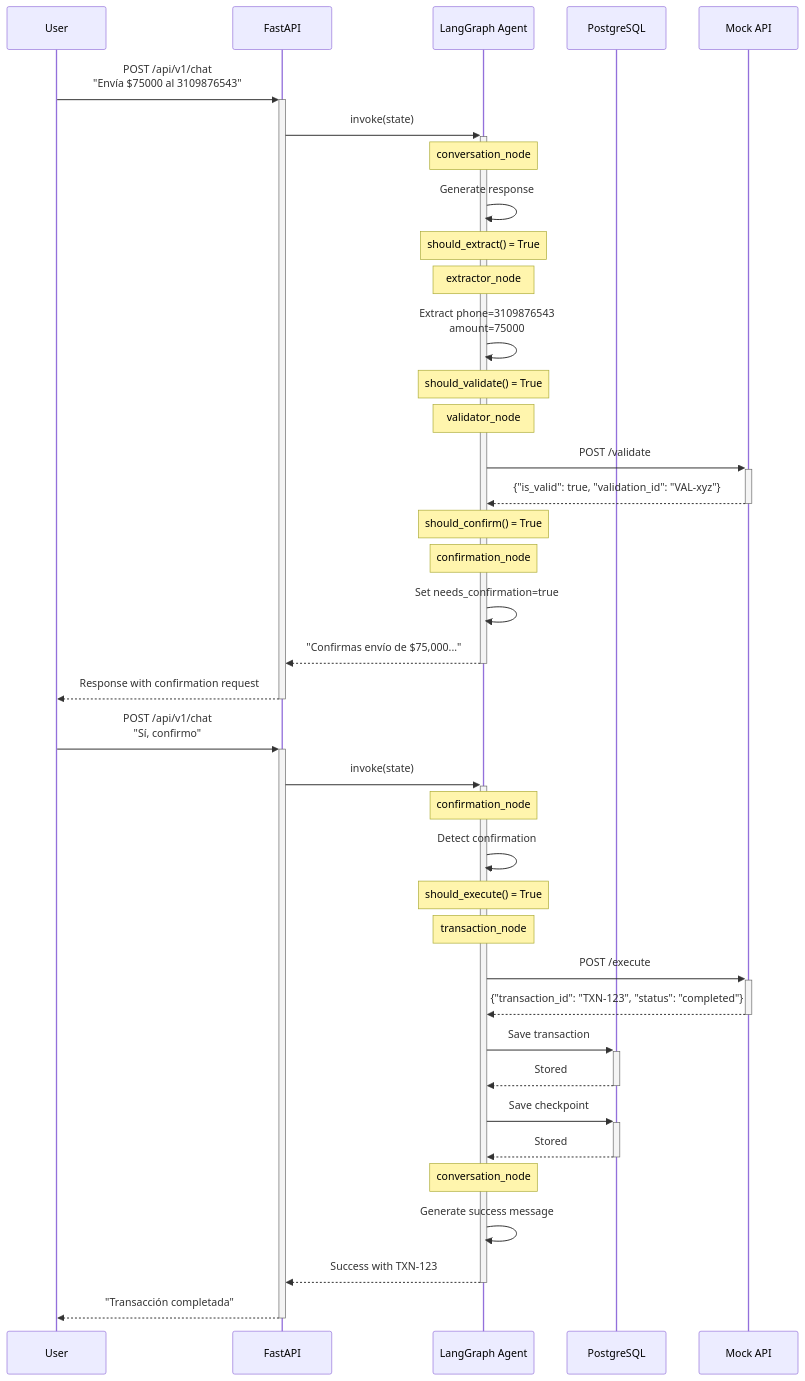
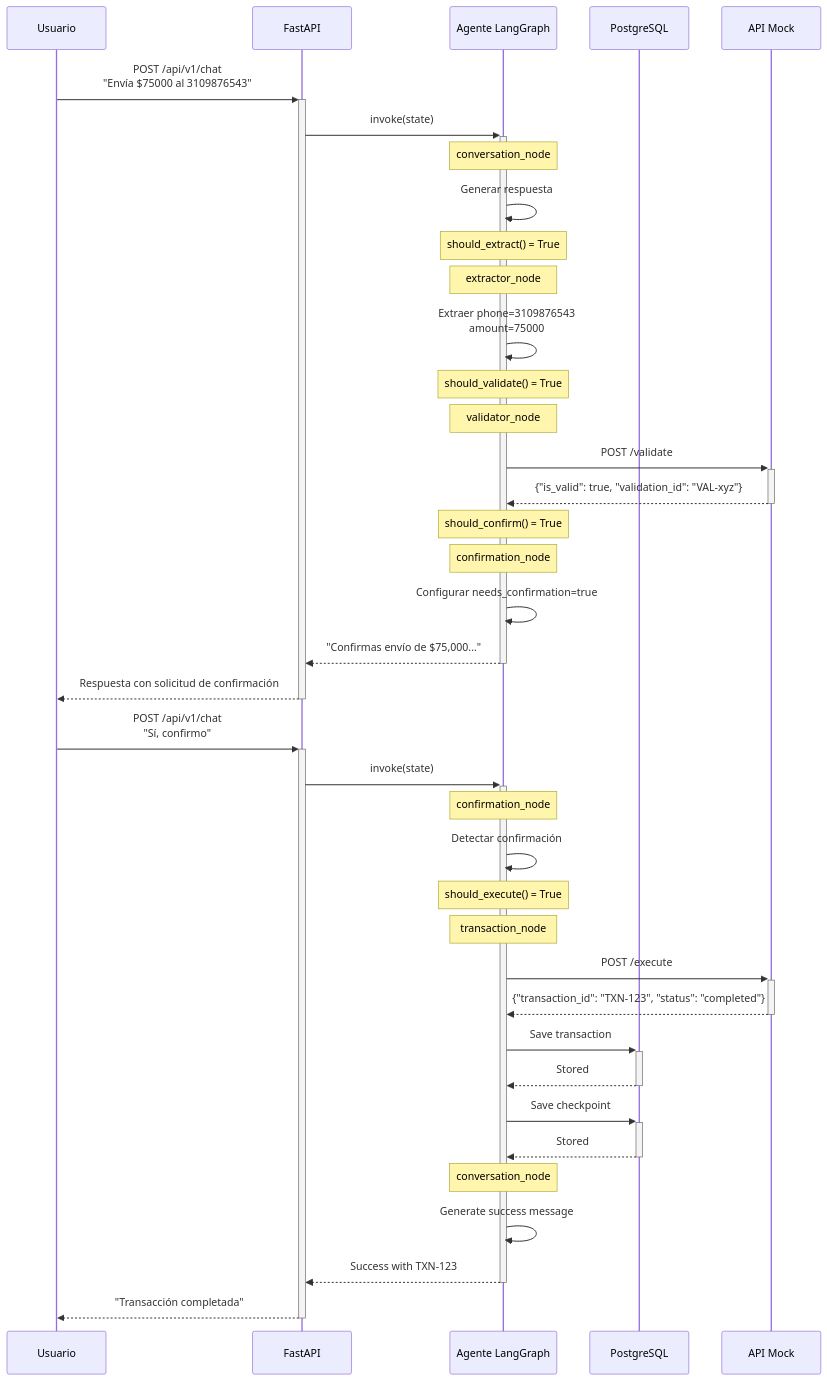
Before and after one commit to jhoninsuasti3/ai-transactional-agent-fastapi: the third of 3 diagrams in docs/ARCHITECTURE.md, drawn with Mermaid. The commit also changed other lines of this file, not shown here.

````diff
--- a/docs/ARCHITECTURE.md
+++ b/docs/ARCHITECTURE.md
@@ -484,50 +484,50 @@
 ```mermaid
 sequenceDiagram
-    participant U as User
+    participant U as Usuario
     participant API as FastAPI
-    participant Agent as LangGraph Agent
+    participant Agent as Agente LangGraph
     participant DB as PostgreSQL
-    participant Mock as Mock API
+    participant Mock as API Mock
 
     U->>+API: POST /api/v1/chat<br/>"Envía $75000 al 3109876543"
     API->>+Agent: invoke(state)
 
     Note over Agent: conversation_node
-    Agent->>Agent: Generate response
+    Agent->>Agent: Generar respuesta
 
     Note over Agent: should_extract() = True
     Note over Agent: extractor_node
-    Agent->>Agent: Extract phone=3109876543<br/>amount=75000
+    Agent->>Agent: Extraer phone=3109876543<br/>amount=75000
 
     Note over Agent: should_validate() = True
     Note over Agent: validator_node
     Agent->>+Mock: POST /validate
     Mock-->>-Agent: {"is_valid": true, "validation_id": "VAL-xyz"}
 
     Note over Agent: should_confirm() = True
     Note over Agent: confirmation_node
-    Agent->>Agent: Set needs_confirmation=true
+    Agent->>Agent: Configurar needs_confirmation=true
     Agent-->>-API: "Confirmas envío de $75,000..."
-    API-->>-U: Response with confirmation request
+    API-->>-U: Respuesta con solicitud de confirmación
 
     U->>+API: POST /api/v1/chat<br/>"Sí, confirmo"
     API->>+Agent: invoke(state)
 
     Note over Agent: confirmation_node
-    Agent->>Agent: Detect confirmation
+    Agent->>Agent: Detectar confirmación
 
     Note over Agent: should_execute() = True
     Note over Agent: transaction_node
     Agent->>+Mock: POST /execute
     Mock-->>-Agent: {"transaction_id": "TXN-123", "status": "completed"}
 
     Agent->>+DB: Save transaction
     DB-->>-Agent: Stored
     Agent->>+DB: Save checkpoint
     DB-->>-Agent: Stored
 
     Note over Agent: conversation_node
     Agent->>Agent: Generate success message
     Agent-->>-API: Success with TXN-123
     API-->>-U: "Transacción completada"
 ```
````
